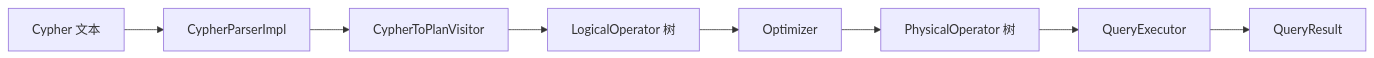
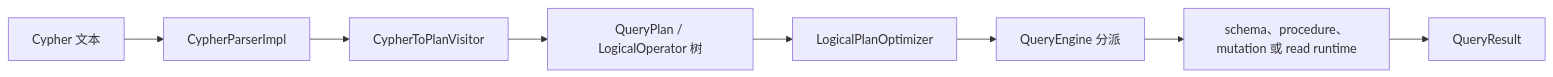
The diagram in docs/apps/docs/content/docs/zh/zyx/architecture/query-engine.mdx (nexepic/zyx), drawn with Mermaid before and after one commit. The commit also changed other lines of this file and 1349 other files, not shown here.

First line of the commit message:
Retire legacy storage and harden native graph persistence

````diff
--- a/docs/apps/docs/content/docs/zh/zyx/architecture/query-engine.mdx
+++ b/docs/apps/docs/content/docs/zh/zyx/architecture/query-engine.mdx
@@ -18,10 +18,10 @@
 ```mermaid
 graph LR
     A["Cypher 文本"] --> B["CypherParserImpl"]
     B --> C["CypherToPlanVisitor"]
-    C --> D["LogicalOperator 树"]
-    D --> E["Optimizer"]
-    E --> F["PhysicalOperator 树"]
-    F --> G["QueryExecutor"]
+    C --> D["QueryPlan / LogicalOperator 树"]
+    D --> E["LogicalPlanOptimizer"]
+    E --> F["QueryEngine 分派"]
+    F --> G["schema、procedure、mutation 或 read runtime"]
     G --> H["QueryResult"]
 ```
````
